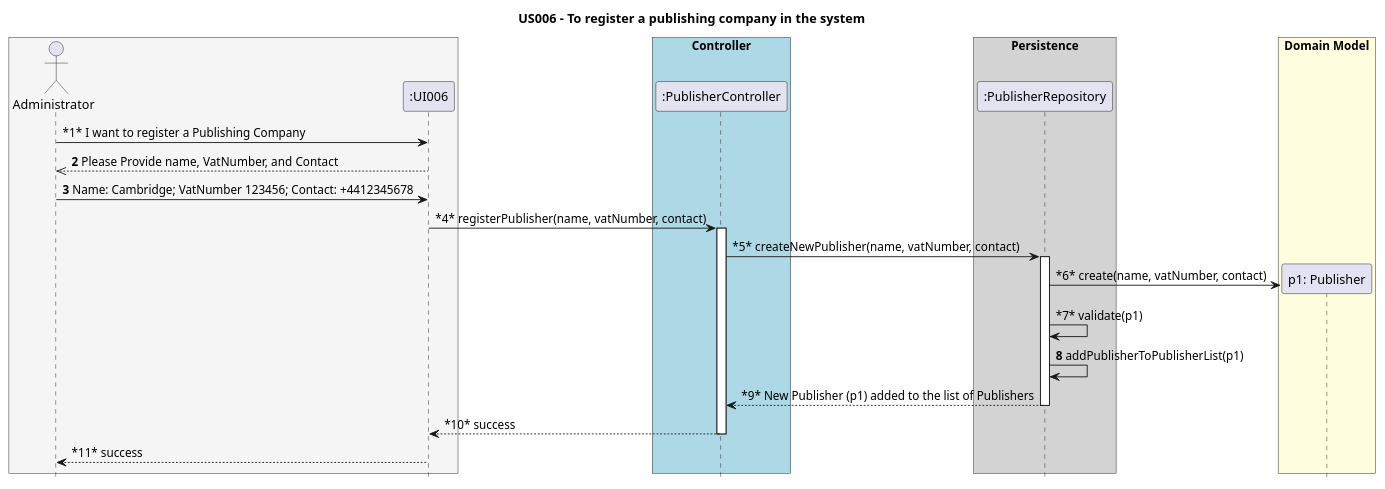
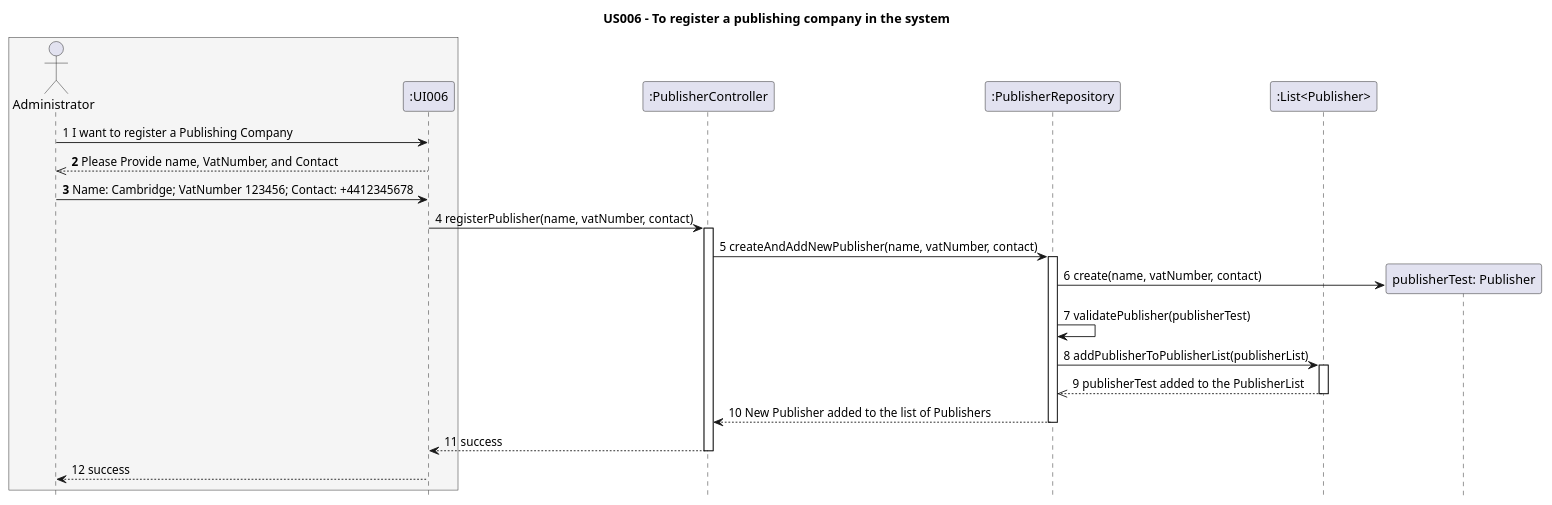
One commit to AndrePereiraGitH/SWitCH-Project-Team_A changed the diagram in Diagrams/SequenceDiagrams/N2/US006 - To register a publishing company in the system.puml. Above: the diagram before and after it, drawn with PlantUML. The commit also changed 4 other files, not shown here.

Commit message:
Add and update UML for US002 & US006

```diff
--- a/Diagrams/SequenceDiagrams/N2/US006 - To register a publishing company in the system.puml
+++ b/Diagrams/SequenceDiagrams/N2/US006 - To register a publishing company in the system.puml
@@ -1,52 +1,51 @@
 @startuml
 
 hide footbox
 title US006 - To register a publishing company in the system
 
 box #WhiteSmoke
 actor Administrator
 participant ":UI006" as UI
 end box
 
-box "Controller" #LightBlue
+
 participant ":PublisherController" as RegisterPublisherController
 
-end box
 
-box "Persistence" #LightGrey
+
 participant ":PublisherRepository" as PublisherRepository
-end box
-
-Administrator -> UI : *1* I want to register a Publishing Company
+ participant ":List<Publisher>"
+Administrator -> UI : 1 I want to register a Publishing Company
 UI -->> Administrator : **2** Please Provide name, VatNumber, and Contact
 Administrator -> UI : **3** Name: Cambridge; VatNumber 123456; Contact: +4412345678
 
-UI -> RegisterPublisherController : *4* registerPublisher(name, vatNumber, contact)
+UI -> RegisterPublisherController : 4 registerPublisher(name, vatNumber, contact)
 activate RegisterPublisherController
 
-RegisterPublisherController -> PublisherRepository : *5* createNewPublisher(name, vatNumber, contact)
+RegisterPublisherController -> PublisherRepository : 5 createAndAddNewPublisher(name, vatNumber, contact)
 
 activate PublisherRepository
 
-box "Domain Model"#LightYellow
-create "p1: Publisher" as User
-end box
-
-PublisherRepository -> User : *6* create(name, vatNumber, contact)
+create "publisherTest: Publisher" as User
 
 
-PublisherRepository -> PublisherRepository : *7* validate(p1)
-PublisherRepository -> PublisherRepository : **8** addPublisherToPublisherList(p1)
+PublisherRepository -> User : 6 create(name, vatNumber, contact)
 
 
-PublisherRepository --> RegisterPublisherController : *9* New Publisher (p1) added to the list of Publishers
+PublisherRepository -> PublisherRepository : 7 validatePublisher(publisherTest)
+PublisherRepository -> ":List<Publisher>" : 8 addPublisherToPublisherList(publisherList)
+ activate ":List<Publisher>"
+ ":List<Publisher>" -->> PublisherRepository : 9 publisherTest added to the PublisherList
+ deactivate
+
+PublisherRepository --> RegisterPublisherController : 10 New Publisher added to the list of Publishers
 deactivate PublisherRepository
 
-RegisterPublisherController --> UI : *10* success
+RegisterPublisherController --> UI : 11 success
 deactivate RegisterPublisherController
 
-UI --> Administrator : *11* success
+UI --> Administrator : 12 success
 
 
 
 @enduml
```
